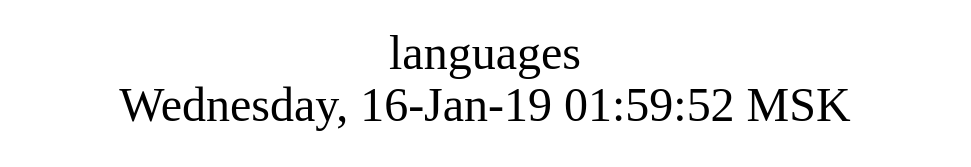
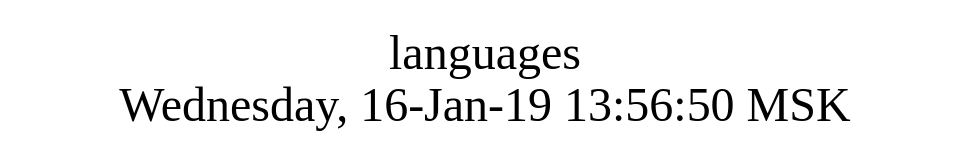
One commit to AplaProject/apps changed the diagram in platform_apps/questionnaire/languages/struct.dot. Above: the diagram before and after it, drawn with Graphviz. The commit also changed 2 other files, not shown here.

```diff
--- a/platform_apps/questionnaire/languages/struct.dot
+++ b/platform_apps/questionnaire/languages/struct.dot
@@ -1,10 +1,10 @@
 digraph G {
 graph [
   fontsize="24";
-  label="languages\nWednesday, 16-Jan-19 01:59:52 MSK";
+  label="languages\nWednesday, 16-Jan-19 13:56:50 MSK";
   nojustify=true;
   ordering=out;
   rankdir=LR;
   size="30";
 ];
 }
```
